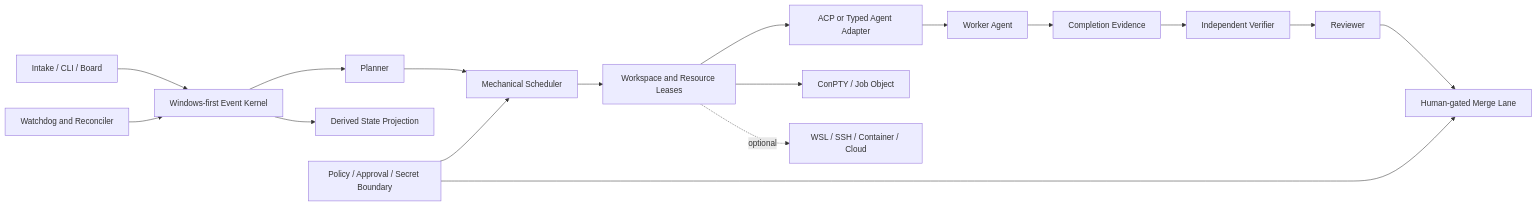
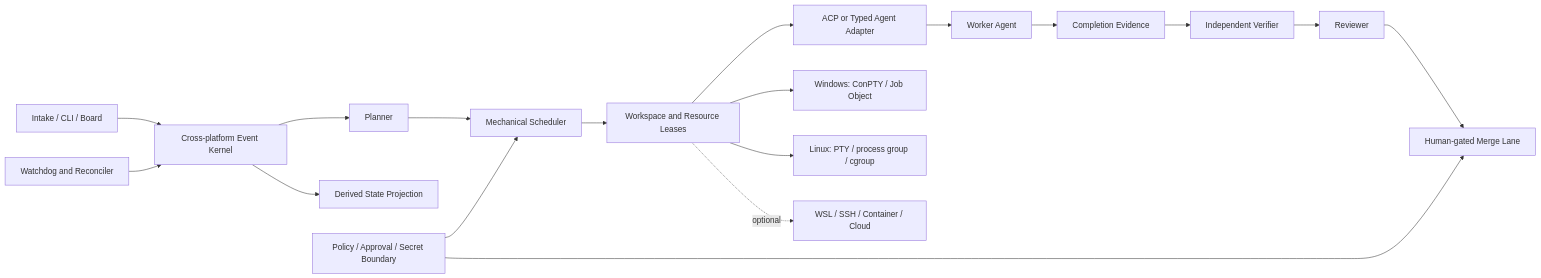
One commit to tworimpa/AT changed the diagram in knowledge-base/platform-blueprint.md. Above: the diagram before and after it, drawn with Mermaid. The commit also changed other lines of this file and 19 other files, not shown here.

Commit message:
docs: make AX platform cross-platform

````diff
--- a/knowledge-base/platform-blueprint.md
+++ b/knowledge-base/platform-blueprint.md
@@ -39,19 +43,20 @@
 ```mermaid
 flowchart LR
-    Intake["Intake / CLI / Board"] --> Kernel["Windows-first Event Kernel"]
+    Intake["Intake / CLI / Board"] --> Kernel["Cross-platform Event Kernel"]
     Kernel --> Planner["Planner"]
     Planner --> Scheduler["Mechanical Scheduler"]
     Scheduler --> Workspace["Workspace and Resource Leases"]
     Workspace --> Adapter["ACP or Typed Agent Adapter"]
     Adapter --> Worker["Worker Agent"]
     Worker --> Evidence["Completion Evidence"]
     Evidence --> Verifier["Independent Verifier"]
     Verifier --> Reviewer["Reviewer"]
     Reviewer --> Merge["Human-gated Merge Lane"]
     Kernel --> Projection["Derived State Projection"]
-    Workspace --> Local["ConPTY / Job Object"]
+    Workspace --> Windows["Windows: ConPTY / Job Object"]
+    Workspace --> Linux["Linux: PTY / process group / cgroup"]
     Workspace -. optional .-> Remote["WSL / SSH / Container / Cloud"]
     Watchdog["Watchdog and Reconciler"] --> Kernel
     Policy["Policy / Approval / Secret Boundary"] --> Scheduler
     Policy --> Merge
 ```
````
